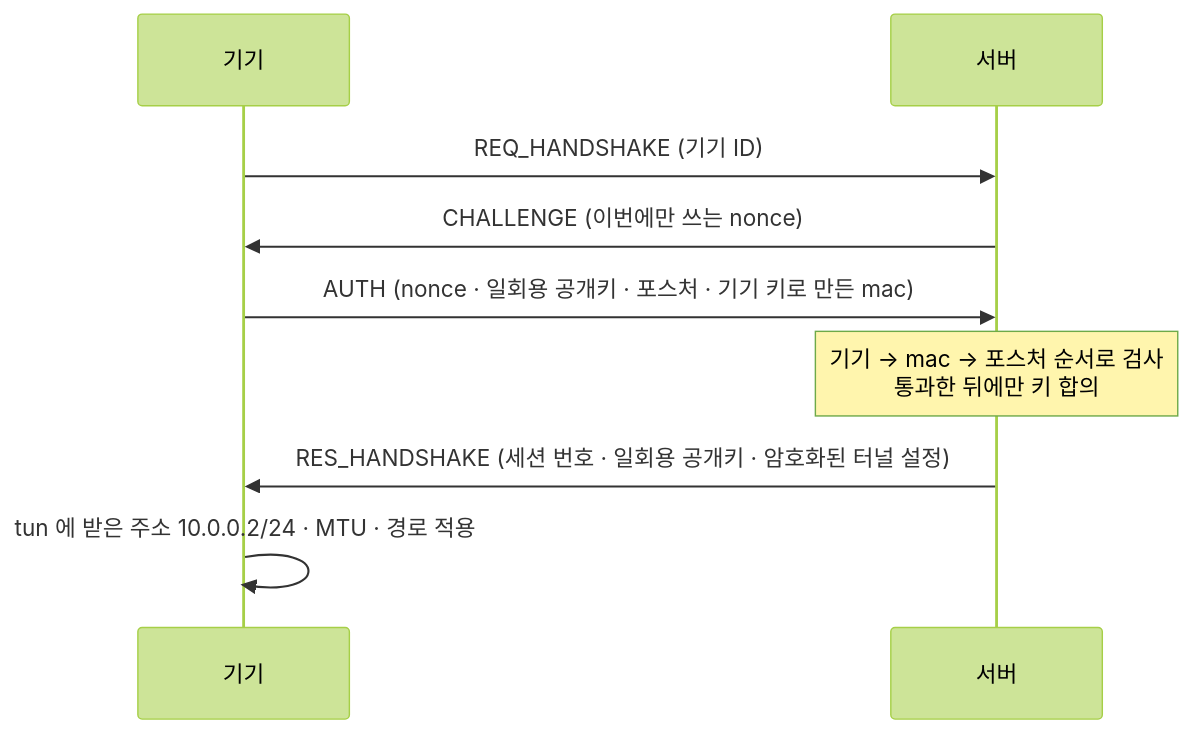
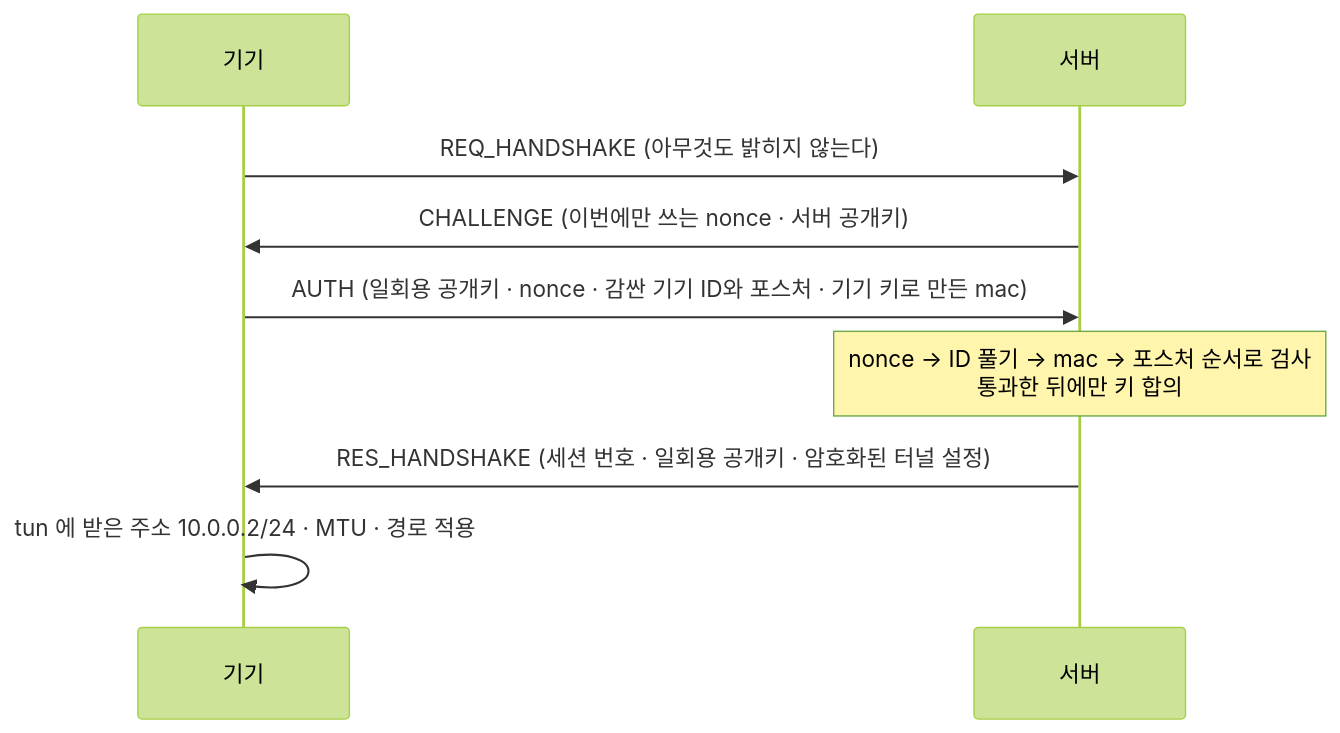
The third of 7 diagrams in README.md (k1msatgat/ztgate), drawn with Mermaid (forest theme) before and after one commit. The commit also changed other lines of this file and 1 other file, not shown here.

First line of the commit message:
문서: 프로토콜 v9 — 감싼 기기 ID / 포스처, 상태 없는 쿠키 nonce, 보안 모델과 표준 대조

````diff
--- a/README.md
+++ b/README.md
@@ -485,11 +485,11 @@
 ```mermaid
 sequenceDiagram
     participant C as 기기
     participant S as 서버
-    C->>S: REQ_HANDSHAKE (기기 ID)
-    S->>C: CHALLENGE (이번에만 쓰는 nonce)
-    C->>S: AUTH (nonce · 일회용 공개키 · 포스처 · 기기 키로 만든 mac)
-    Note over S: 기기 → mac → 포스처 순서로 검사<br/>통과한 뒤에만 키 합의
+    C->>S: REQ_HANDSHAKE (아무것도 밝히지 않는다)
+    S->>C: CHALLENGE (이번에만 쓰는 nonce · 서버 공개키)
+    C->>S: AUTH (일회용 공개키 · nonce · 감싼 기기 ID와 포스처 · 기기 키로 만든 mac)
+    Note over S: nonce → ID 풀기 → mac → 포스처 순서로 검사<br/>통과한 뒤에만 키 합의
     S->>C: RES_HANDSHAKE (세션 번호 · 일회용 공개키 · 암호화된 터널 설정)
     C->>C: tun 에 받은 주소 10.0.0.2/24 · MTU · 경로 적용
 ```
````
